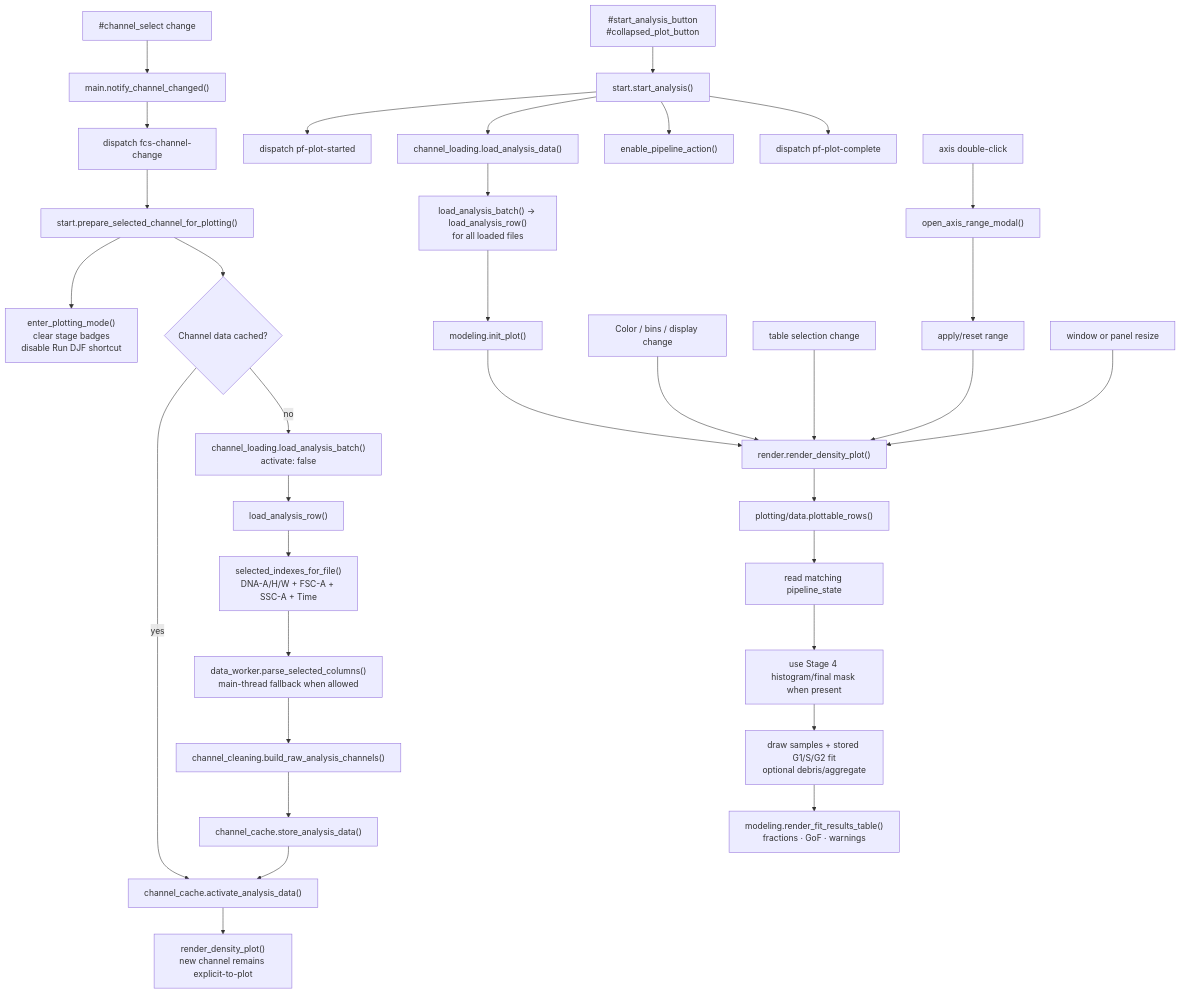
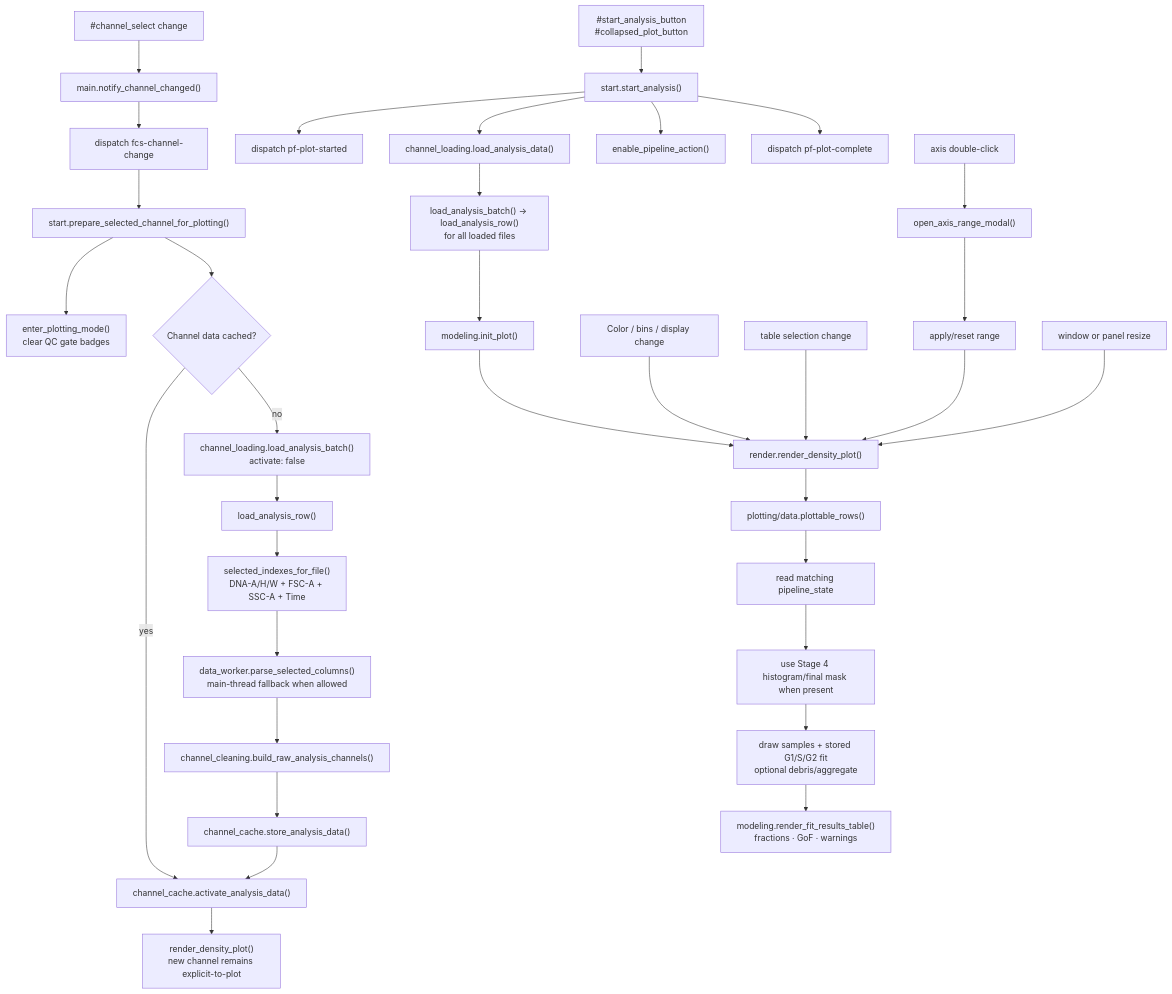
The second of 8 diagrams in docs/function-call-and-user-decision-graphs.md (Latent-Lens/phase_finder), drawn with Mermaid before and after one commit. The commit also changed other lines of this file and 15 other files, not shown here.

First line of the commit message:
docs(architecture): rewrite the diagrams for the current pipeline

````diff
--- a/docs/function-call-and-user-decision-graphs.md
+++ b/docs/function-call-and-user-decision-graphs.md
@@ -69,39 +70,39 @@
 ```mermaid
 flowchart TD
   C0["#channel_select change"] --> C1["main.notify_channel_changed()"]
   C1 --> C2["dispatch fcs-channel-change"]
   C2 --> C3["start.prepare_selected_channel_for_plotting()"]
-  C3 --> C4["enter_plotting_mode()<br/>clear stage badges<br/>disable Run DJF shortcut"]
+  C3 --> C4["enter_plotting_mode()<br/>clear QC gate badges"]
   C3 --> C5{"Channel data cached?"}
   C5 -- "yes" --> C6["channel_cache.activate_analysis_data()"]
   C5 -- "no" --> C7["channel_loading.load_analysis_batch()<br/>activate: false"]
   C7 --> C8["load_analysis_row()"]
   C8 --> C9["selected_indexes_for_file()<br/>DNA-A/H/W + FSC-A + SSC-A + Time"]
   C9 --> C10["data_worker.parse_selected_columns()<br/>main-thread fallback when allowed"]
   C10 --> C11["channel_cleaning.build_raw_analysis_channels()"]
   C11 --> C12["channel_cache.store_analysis_data()"]
   C12 --> C6
   C6 --> C13["render_density_plot()<br/>new channel remains explicit-to-plot"]
 
   P0["#start_analysis_button<br/>#collapsed_plot_button"] --> P1["start.start_analysis()"]
   P1 --> P2["dispatch pf-plot-started"]
   P1 --> P3["channel_loading.load_analysis_data()"]
   P3 --> P4["load_analysis_batch() → load_analysis_row()<br/>for all loaded files"]
   P4 --> P5["modeling.init_plot()"]
   P5 --> P6["render.render_density_plot()"]
   P1 --> P7["enable_pipeline_action()"]
   P1 --> P8["dispatch pf-plot-complete"]
 
   P6 --> R0["plotting/data.plottable_rows()"]
   R0 --> R1["read matching pipeline_state"]
   R1 --> R2["use Stage 4 histogram/final mask when present"]
   R2 --> R3["draw samples + stored G1/S/G2 fit<br/>optional debris/aggregate"]
   R3 --> R4["modeling.render_fit_results_table()<br/>fractions · GoF · warnings"]
 
   U0["Color / bins / display change"] --> P6
   U1["table selection change"] --> P6
   U2["axis double-click"] --> U3["open_axis_range_modal()"]
   U3 --> U4["apply/reset range"]
   U4 --> P6
   U5["window or panel resize"] --> P6
 ```
````
